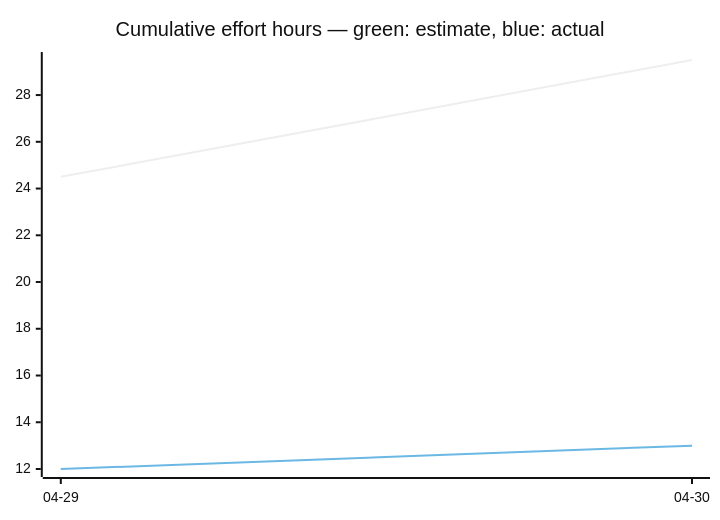
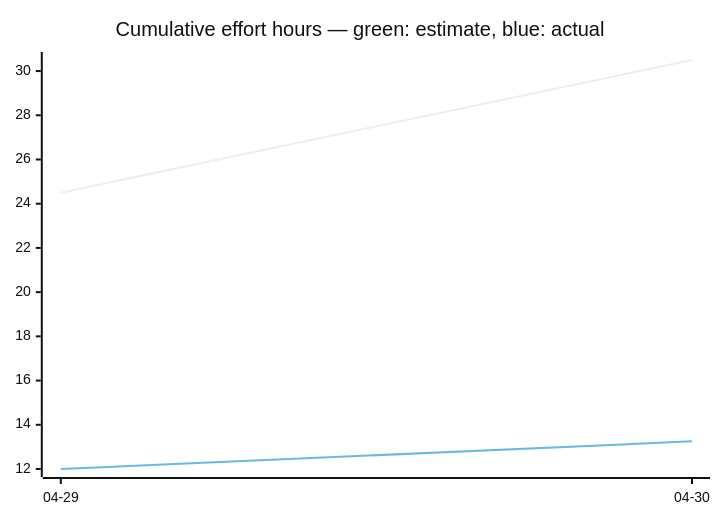
One commit to tgd1975/AwesomeStudioPedal changed the third of 3 diagrams in docs/developers/tasks/OVERVIEW.md. Above: the diagram before and after it, drawn with Mermaid (neutral theme). The commit also changed other lines of this file and 8 other files, not shown here.

````diff
--- a/docs/developers/tasks/OVERVIEW.md
+++ b/docs/developers/tasks/OVERVIEW.md
@@ -38,7 +38,7 @@
 ```mermaid
 xychart-beta
     title "Cumulative effort hours — green: estimate, blue: actual"
     x-axis ["04-29", "04-30"]
-    line [24.5, 29.5]
-    line [12, 13]
+    line [24.5, 30.5]
+    line [12, 13.25]
 ```
````
